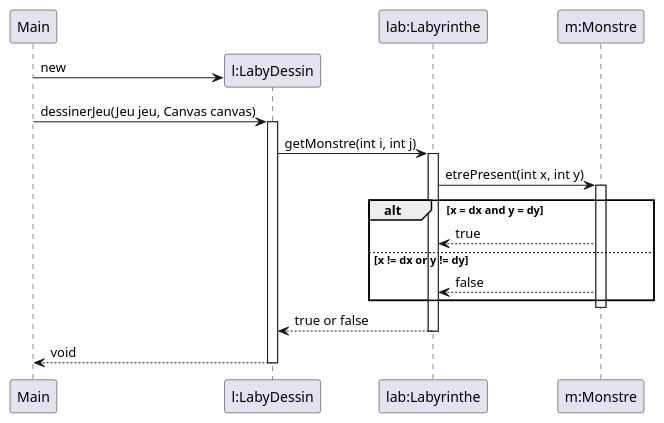
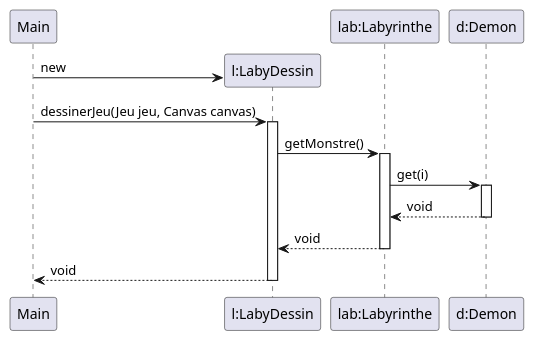
Before and after one commit to WashiFR/2023_Zeldiablo_weier3u_lemeunie6u_chauvel8u_dietric43u: the diagram in documents/version_2/Fonction_2.puml, drawn with PlantUML. The commit also changed 7 other files, not shown here.

Commit message:
Rectification des diagrammes de séquence

```diff
--- a/documents/version_2/Fonction_2.puml
+++ b/documents/version_2/Fonction_2.puml
@@ -1,28 +1,24 @@
 @startuml
 'https://plantuml.com/sequence-diagram
 
 participant Main
 participant "l:LabyDessin" as laby
 participant "lab:Labyrinthe" as lab
-participant "m:Monstre" as m
+participant "d:Demon" as demon
 create laby
 Main -> laby : new
 Main -> laby : dessinerJeu(Jeu jeu, Canvas canvas)
 activate laby
-laby -> lab : getMonstre(int i, int j)
+laby -> lab : getMonstre()
 activate lab
-lab -> m : etrePresent(int x, int y)
-alt x = dx and y = dy
-activate m
-m --> lab : true
-else x != dx or y != dy
-m --> lab : false
-end
-deactivate m
-lab --> laby : true or false
+lab -> demon : get(i)
+activate demon
+demon --> lab : void
+deactivate demon
+lab --> laby : void
 deactivate lab
 laby --> Main : void
 deactivate laby
 
 
 @enduml
```
